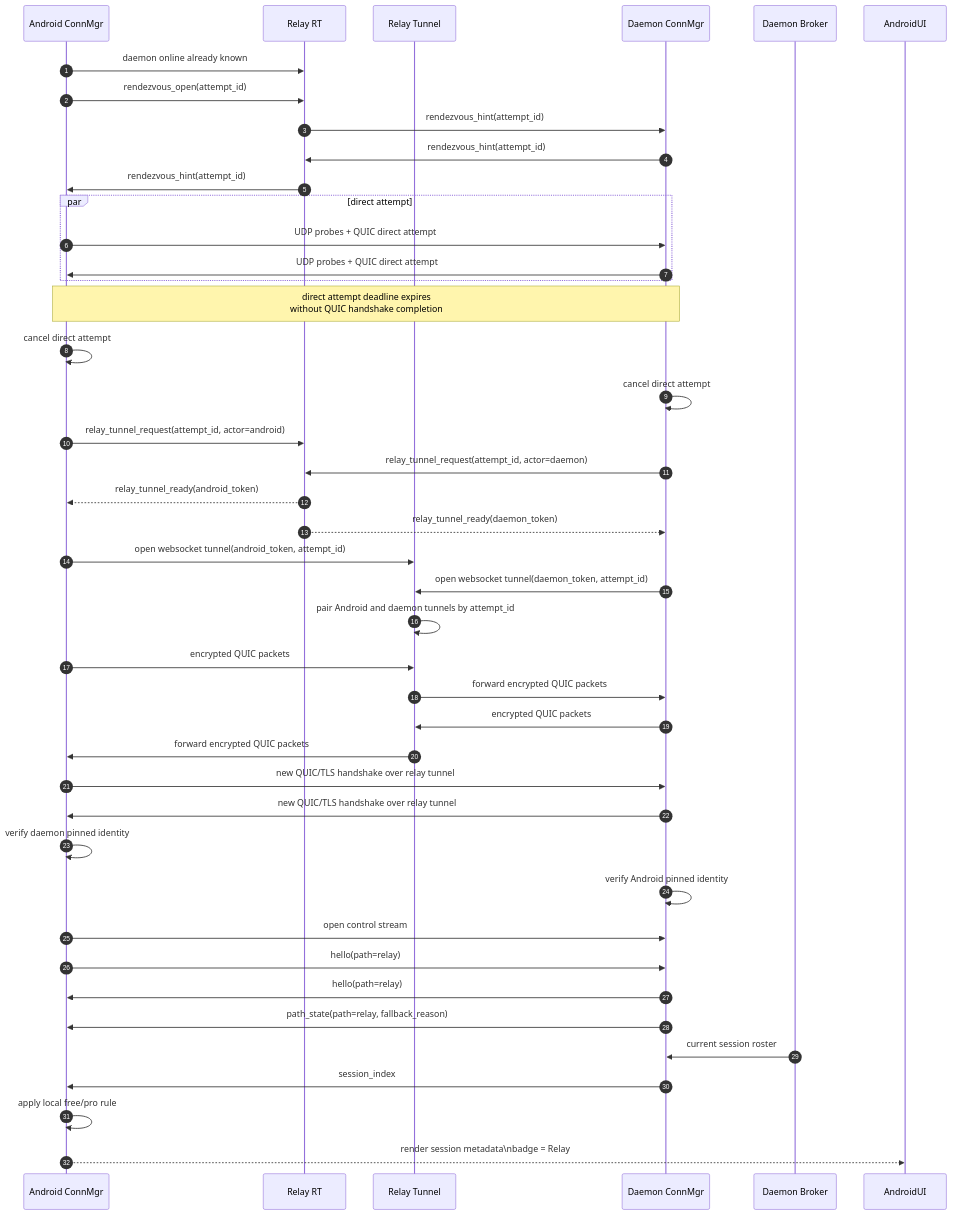
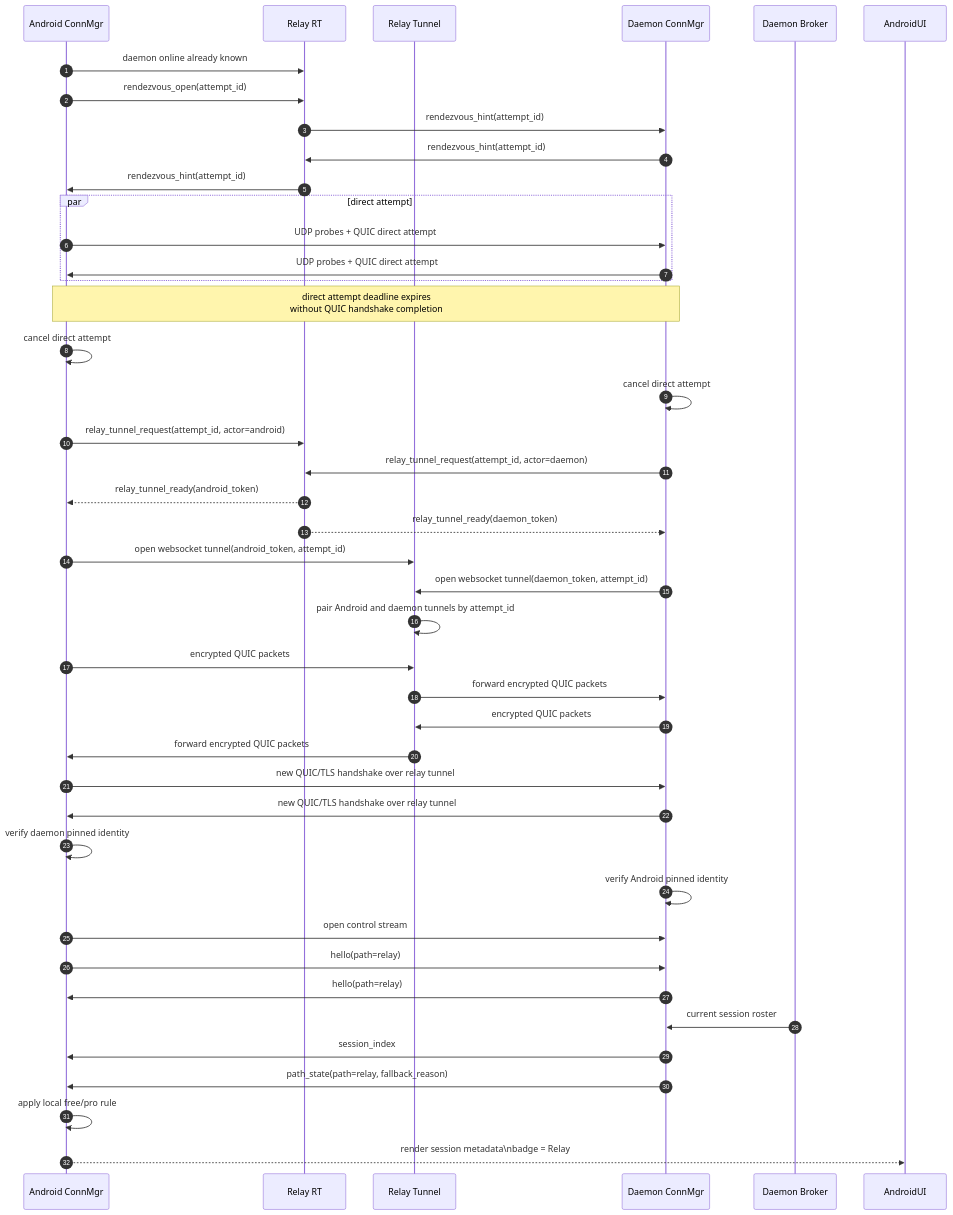
Before and after one commit to yuanbohan/agent-tunnel: the fourth of 8 diagrams in docs/connectivity/reference/sequence-flows.md, drawn with Mermaid. The commit also changed other lines of this file and 41 other files, not shown here.

````diff
--- a/docs/connectivity/reference/sequence-flows.md
+++ b/docs/connectivity/reference/sequence-flows.md
@@ -168,52 +168,52 @@
 ```mermaid
 sequenceDiagram
     autonumber
     participant AndroidConn as Android ConnMgr
     participant RelayRT as Relay RT
     participant RelayTunnel as Relay Tunnel
     participant DaemonConn as Daemon ConnMgr
     participant DaemonBroker as Daemon Broker
 
     AndroidConn->>RelayRT: daemon online already known
     AndroidConn->>RelayRT: rendezvous_open(attempt_id)
     RelayRT->>DaemonConn: rendezvous_hint(attempt_id)
     DaemonConn->>RelayRT: rendezvous_hint(attempt_id)
     RelayRT->>AndroidConn: rendezvous_hint(attempt_id)
 
     par direct attempt
         AndroidConn->>DaemonConn: UDP probes + QUIC direct attempt
         DaemonConn->>AndroidConn: UDP probes + QUIC direct attempt
     end
 
     Note over AndroidConn,DaemonConn: direct attempt deadline expires<br/>without QUIC handshake completion
     AndroidConn->>AndroidConn: cancel direct attempt
     DaemonConn->>DaemonConn: cancel direct attempt
 
     AndroidConn->>RelayRT: relay_tunnel_request(attempt_id, actor=android)
     DaemonConn->>RelayRT: relay_tunnel_request(attempt_id, actor=daemon)
     RelayRT-->>AndroidConn: relay_tunnel_ready(android_token)
     RelayRT-->>DaemonConn: relay_tunnel_ready(daemon_token)
 
     AndroidConn->>RelayTunnel: open websocket tunnel(android_token, attempt_id)
     DaemonConn->>RelayTunnel: open websocket tunnel(daemon_token, attempt_id)
     RelayTunnel->>RelayTunnel: pair Android and daemon tunnels by attempt_id
 
     AndroidConn->>RelayTunnel: encrypted QUIC packets
     RelayTunnel->>DaemonConn: forward encrypted QUIC packets
     DaemonConn->>RelayTunnel: encrypted QUIC packets
     RelayTunnel->>AndroidConn: forward encrypted QUIC packets
 
     AndroidConn->>DaemonConn: new QUIC/TLS handshake over relay tunnel
     DaemonConn->>AndroidConn: new QUIC/TLS handshake over relay tunnel
     AndroidConn->>AndroidConn: verify daemon pinned identity
     DaemonConn->>DaemonConn: verify Android pinned identity
 
     AndroidConn->>DaemonConn: open control stream
     AndroidConn->>DaemonConn: hello(path=relay)
     DaemonConn->>AndroidConn: hello(path=relay)
-    DaemonConn->>AndroidConn: path_state(path=relay, fallback_reason)
     DaemonBroker->>DaemonConn: current session roster
     DaemonConn->>AndroidConn: session_index
+    DaemonConn->>AndroidConn: path_state(path=relay, fallback_reason)
     AndroidConn->>AndroidConn: apply local free/pro rule
     AndroidConn-->>AndroidUI: render session metadata\nbadge = Relay
 ```
````
